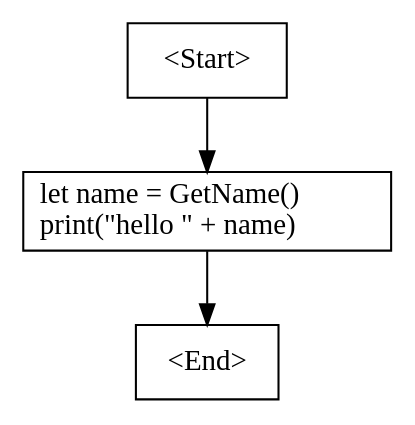
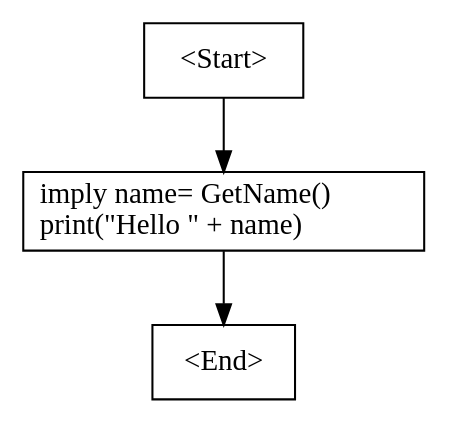
One commit to WaifuShork/Quartz changed the diagram in src/Vivian.Compiler/bin/Debug/net5.0/cfg.dot. Above: the diagram before and after it, drawn with Graphviz. The commit also changed 40 other files, not shown here.

```diff
--- a/src/Vivian.Compiler/bin/Debug/net5.0/cfg.dot
+++ b/src/Vivian.Compiler/bin/Debug/net5.0/cfg.dot
@@ -1,7 +1,7 @@
 digraph G {
     N0 [label = "<Start>" shape = box]
-    N1 [label = "let name = GetName()\lprint(\"hello \" + name)\l" shape = box]
+    N1 [label = "imply name= GetName()\lprint(\"Hello \" + name)\l" shape = box]
     N2 [label = "<End>" shape = box]
     N0 -> N1 [label = ""]
     N1 -> N2 [label = ""]
 }
```
